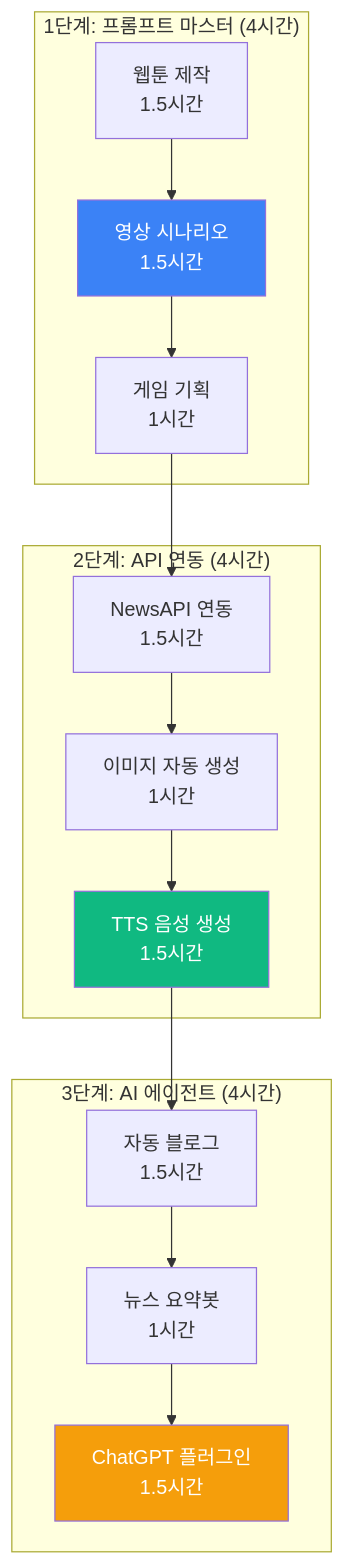
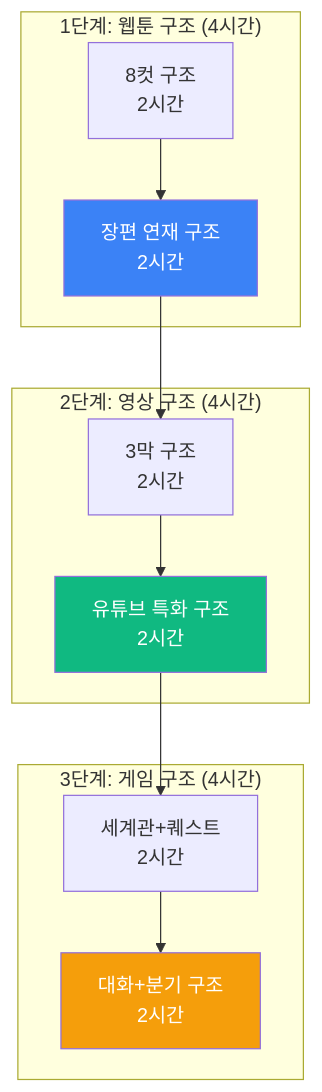
One commit to Collegenie-X/AIMakerLab_Web changed the third of 9 diagrams in documents/CURRICULUM/맛보기_ChatGPT_크리에이터.md. Above: the diagram before and after it, drawn with Mermaid. The commit also changed other lines of this file and 3 other files, not shown here.

````diff
--- a/documents/CURRICULUM/맛보기_ChatGPT_크리에이터.md
+++ b/documents/CURRICULUM/맛보기_ChatGPT_크리에이터.md
@@ -118,30 +175,27 @@
 ```mermaid
 graph TB
-    subgraph "1단계: 프롬프트 마스터 (4시간)"
-        P1[웹툰 제작<br/>1.5시간]
-        P2[영상 시나리오<br/>1.5시간]
-        P3[게임 기획<br/>1시간]
+    subgraph "1단계: 웹툰 구조 (4시간)"
+        P1[8컷 구조<br/>2시간]
+        P2[장편 연재 구조<br/>2시간]
     end
     
-    subgraph "2단계: API 연동 (4시간)"
-        A1[NewsAPI 연동<br/>1.5시간]
-        A2[이미지 자동 생성<br/>1시간]
-        A3[TTS 음성 생성<br/>1.5시간]
+    subgraph "2단계: 영상 구조 (4시간)"
+        A1[3막 구조<br/>2시간]
+        A2[유튜브 특화 구조<br/>2시간]
     end
     
-    subgraph "3단계: AI 에이전트 (4시간)"
-        E1[자동 블로그<br/>1.5시간]
-        E2[뉴스 요약봇<br/>1시간]
-        E3[ChatGPT 플러그인<br/>1.5시간]
+    subgraph "3단계: 게임 구조 (4시간)"
+        E1[세계관+퀘스트<br/>2시간]
+        E2[대화+분기 구조<br/>2시간]
     end
     
-    P1 --> P2 --> P3
-    P3 --> A1
-    A1 --> A2 --> A3
-    A3 --> E1
-    E1 --> E2 --> E3
+    P1 --> P2
+    P2 --> A1
+    A1 --> A2
+    A2 --> E1
+    E1 --> E2
     
     style P2 fill:#3b82f6,color:#fff
-    style A3 fill:#10b981,color:#fff
-    style E3 fill:#f59e0b,color:#fff
+    style A2 fill:#10b981,color:#fff
+    style E2 fill:#f59e0b,color:#fff
 ```
````
